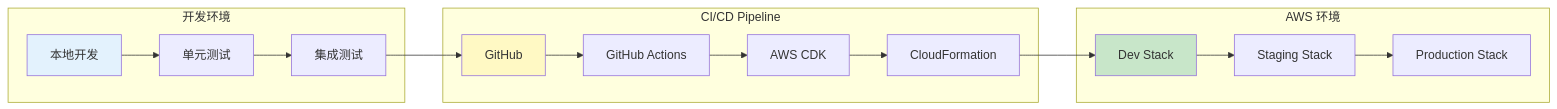
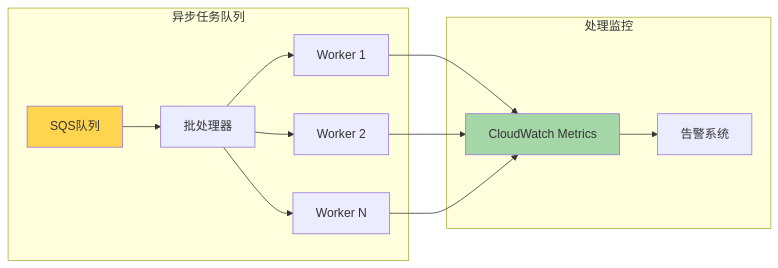
Before and after one commit to yincma/AWS-zilliz-RAG: the fifth of 5 diagrams in README.md, drawn with Mermaid. The commit also changed other lines of this file and 1 other file, not shown here.

````diff
--- a/README.md
+++ b/README.md
@@ -195,25 +323,19 @@
 ```mermaid
 graph LR
-    subgraph "开发环境"
-        A1[本地开发] --> A2[单元测试]
-        A2 --> A3[集成测试]
+    subgraph "异步任务队列"
+        SQS[SQS队列] --> BATCH[批处理器]
+        BATCH --> WORKER1[Worker 1]
+        BATCH --> WORKER2[Worker 2]
+        BATCH --> WORKER3[Worker N]
     end
     
-    subgraph "CI/CD Pipeline"
-        B1[GitHub] --> B2[GitHub Actions]
-        B2 --> B3[AWS CDK]
-        B3 --> B4[CloudFormation]
+    subgraph "处理监控"
+        WORKER1 --> METRICS[CloudWatch Metrics]
+        WORKER2 --> METRICS
+        WORKER3 --> METRICS
+        METRICS --> ALARM[告警系统]
     end
     
-    subgraph "AWS 环境"
-        C1[Dev Stack] --> C2[Staging Stack]
-        C2 --> C3[Production Stack]
-    end
-    
-    A3 --> B1
-    B4 --> C1
-    
-    style A1 fill:#e3f2fd
-    style B1 fill:#fff9c4
-    style C1 fill:#c8e6c9
+    style SQS fill:#ffd54f
+    style METRICS fill:#a5d6a7
 ```
````
